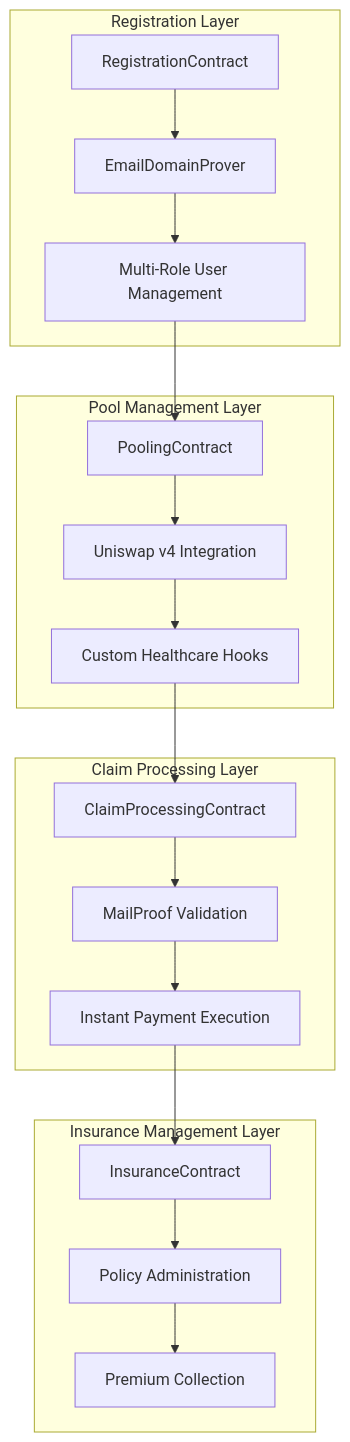
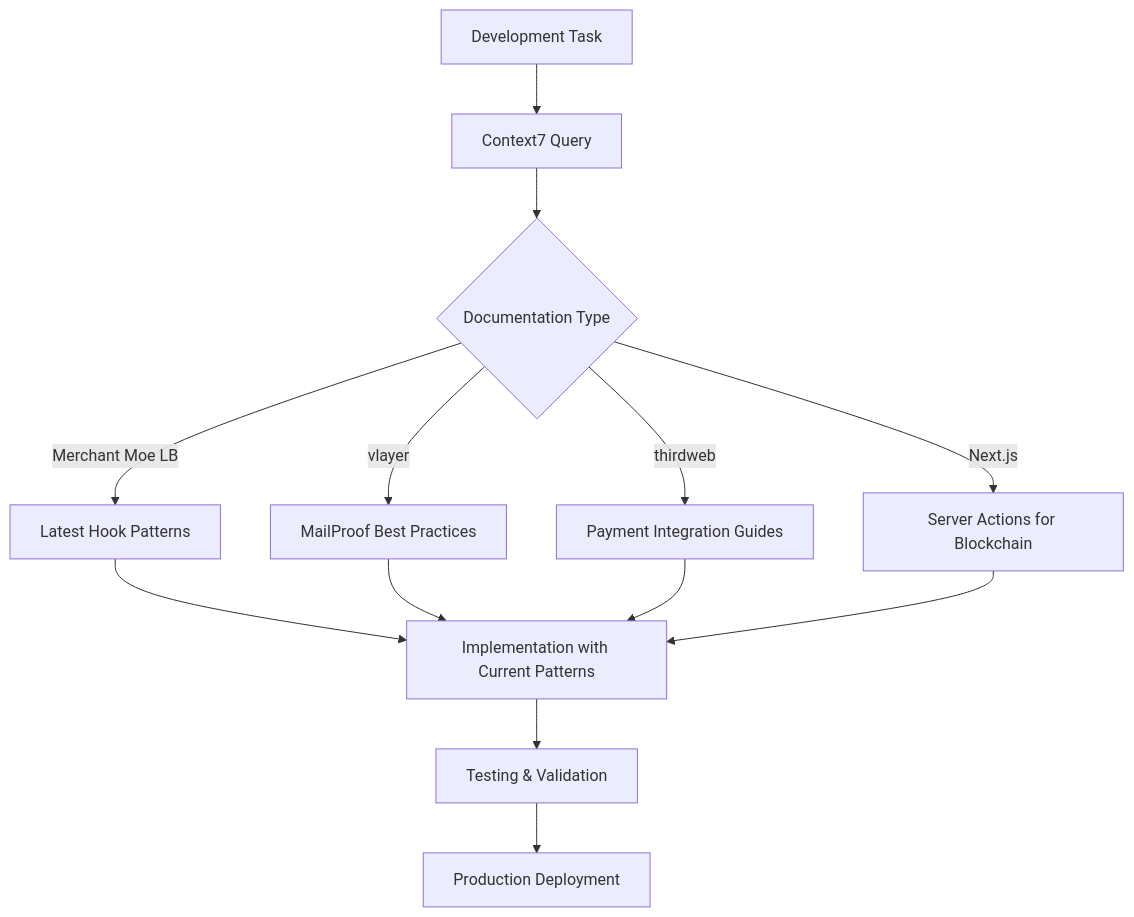
One commit to ppezzull/zkMed changed the sixth of 8 diagrams in memory-bank/systemPatterns.md. Above: the diagram before and after it, drawn with Mermaid. The commit also changed other lines of this file and 3 other files, not shown here.

````diff
--- a/memory-bank/systemPatterns.md
+++ b/memory-bank/systemPatterns.md
@@ -280,25 +265,18 @@
 ```mermaid
 graph TB
-    subgraph "Registration Layer"
-        A[RegistrationContract] --> B[EmailDomainProver]
-        B --> C[Multi-Role User Management]
-    end
+    A[Development Task] --> B[Context7 Query]
+    B --> C{Documentation Type}
     
-    subgraph "Pool Management Layer"
-        C --> D[PoolingContract]
-        D --> E[Uniswap v4 Integration]
-        E --> F[Custom Healthcare Hooks]
-    end
+    C -->|Merchant Moe LB| D[Latest Hook Patterns]
+    C -->|vlayer| E[MailProof Best Practices]
+    C -->|thirdweb| F[Payment Integration Guides]
+    C -->|Next.js| G[Server Actions for Blockchain]
     
-    subgraph "Claim Processing Layer"
-        F --> G[ClaimProcessingContract]
-        G --> H[MailProof Validation]
-        H --> I[Instant Payment Execution]
-    end
+    D --> H[Implementation with Current Patterns]
+    E --> H
+    F --> H
+    G --> H
     
-    subgraph "Insurance Management Layer"
-        I --> J[InsuranceContract]
-        J --> K[Policy Administration]
-        K --> L[Premium Collection]
-    end
+    H --> I[Testing & Validation]
+    I --> J[Production Deployment]
 ```
````
